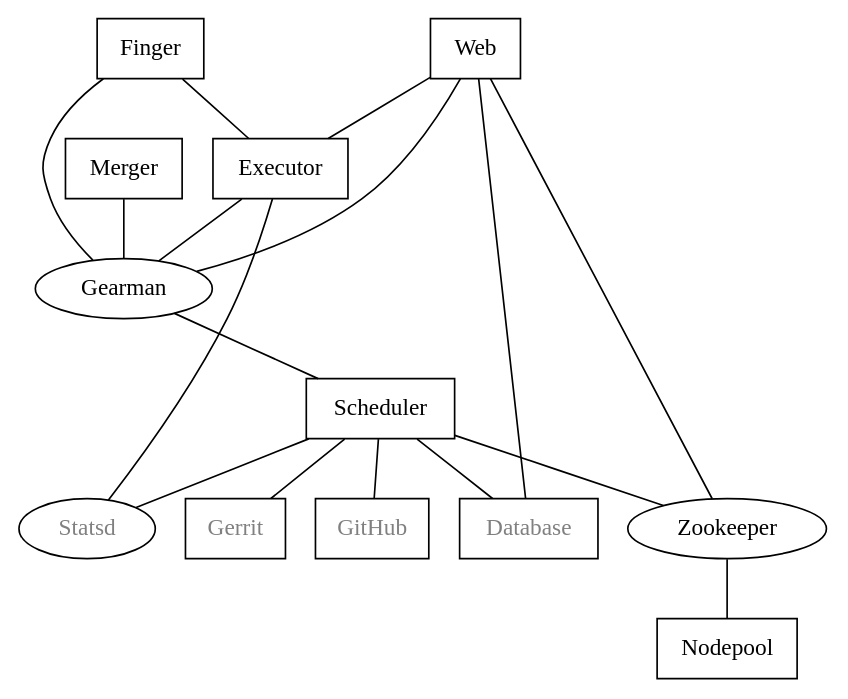
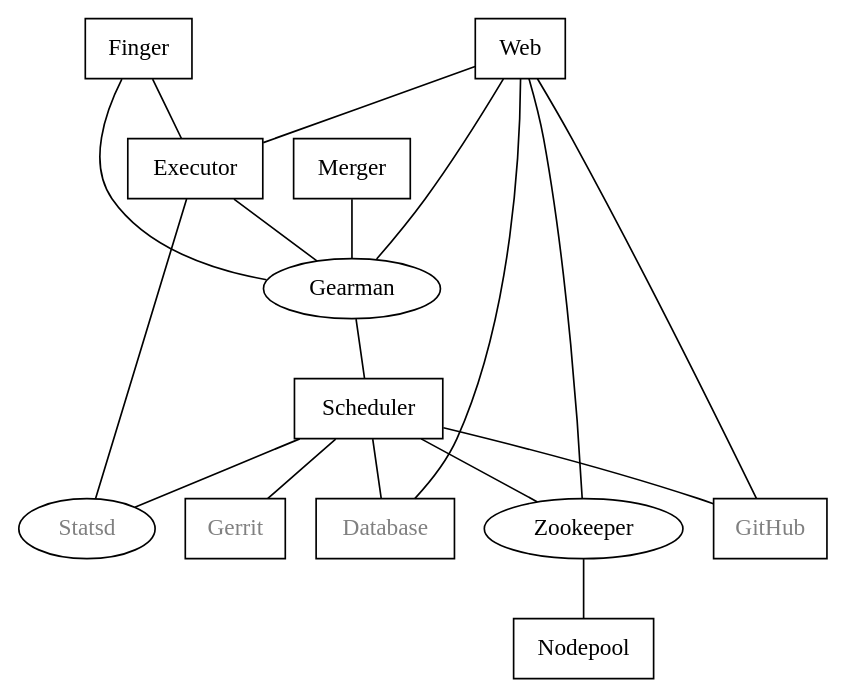
One commit to wikimedia/integration-zuul changed the diagram in doc/source/discussion/components.rst. Above: the diagram before and after it, drawn with Graphviz.

Commit message:
Update component diagram for GitHub / Web events
For GitHub events, zuul-web also needs a connection to GitHub.

```diff
--- a/doc/source/discussion/components.rst
+++ b/doc/source/discussion/components.rst
@@ -19,36 +19,37 @@
 .. graphviz::
    :align: center
 
    graph  {
       node [shape=box]
       Database [fontcolor=grey]
       Executor [href="#executor"]
       Finger [href="#finger-gateway"]
       Gearman [shape=ellipse]
       Gerrit [fontcolor=grey]
       Merger [href="#merger"]
       Statsd [shape=ellipse fontcolor=grey]
       Scheduler [href="#scheduler"]
       Zookeeper [shape=ellipse]
       Nodepool
       GitHub [fontcolor=grey]
       Web [href="#web-server"]
 
       Merger -- Gearman
       Executor -- Gearman
       Executor -- Statsd
       Web -- Database
       Web -- Gearman
+      Web -- GitHub
       Web -- Zookeeper
       Web -- Executor
       Finger -- Gearman
       Finger -- Executor
 
       Gearman -- Scheduler;
       Scheduler -- Database;
       Scheduler -- Gerrit;
       Scheduler -- Zookeeper;
       Zookeeper -- Nodepool;
       Scheduler -- GitHub;
       Scheduler -- Statsd;
    }
```
